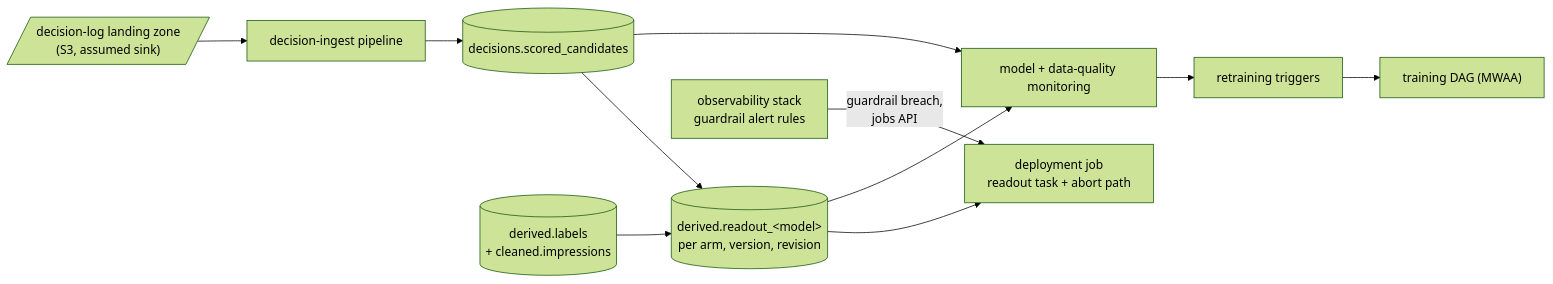
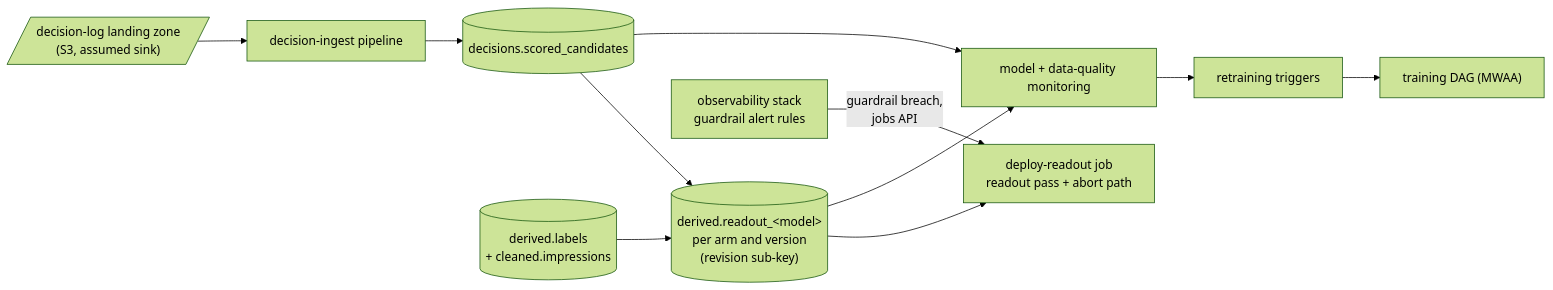
The first of 3 diagrams in design_docs/09_monitoring.md (cunha-sigma/ml_offline), drawn with Mermaid (forest theme) before and after one commit. The commit also changed other lines of this file and 11 other files, not shown here.

````diff
--- a/design_docs/09_monitoring.md
+++ b/design_docs/09_monitoring.md
@@ -11,22 +11,22 @@
 ```mermaid
 flowchart LR
   DLOG[/"decision-log landing zone<br/>(S3, assumed sink)"/]
   ING["decision-ingest pipeline"]
   DEC[("decisions.scored_candidates")]
   LBL[("derived.labels<br/>+ cleaned.impressions")]
-  RO[("derived.readout_&lt;model&gt;<br/>per arm, version, revision")]
+  RO[("derived.readout_&lt;model&gt;<br/>per arm and version<br/>(revision sub-key)")]
   MON["model + data-quality monitoring"]
   TRIG["retraining triggers"]
-  DJ["deployment job<br/>readout task + abort path"]
+  DJ["deploy-readout job<br/>readout pass + abort path"]
   TRAIN["training DAG (MWAA)"]
 
   DLOG --> ING --> DEC
   DEC --> RO
   LBL --> RO
   RO --> DJ
   RO --> MON
   DEC --> MON
   MON --> TRIG --> TRAIN
   OBS["observability stack<br/>guardrail alert rules"]
   OBS -- "guardrail breach,<br/>jobs API" --> DJ
 ```
````
